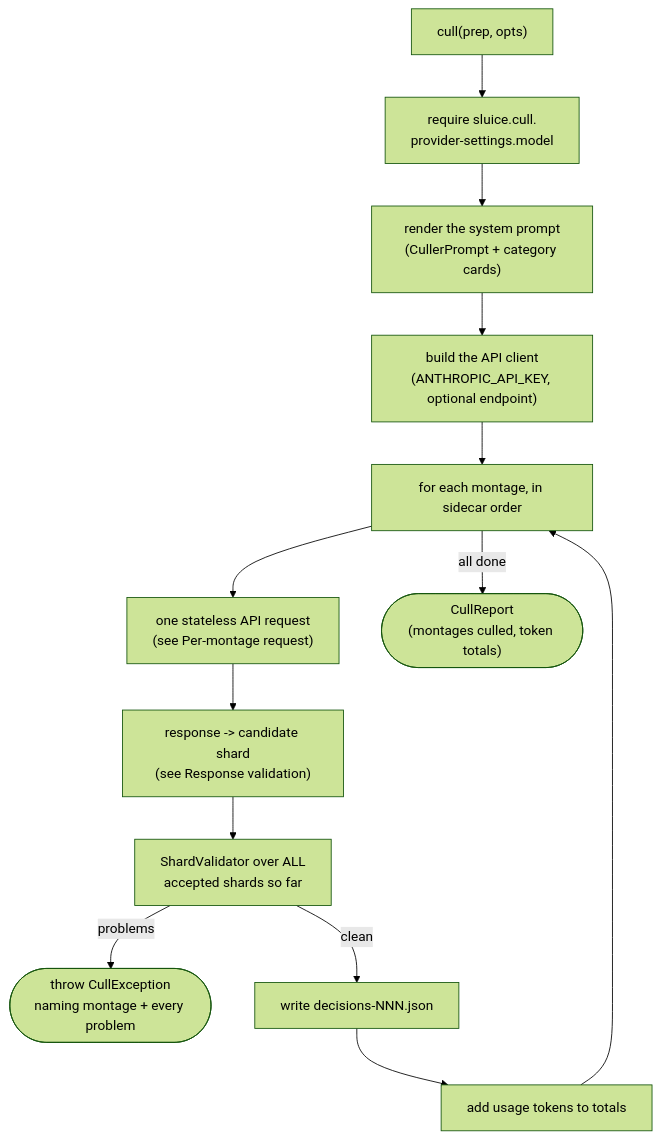
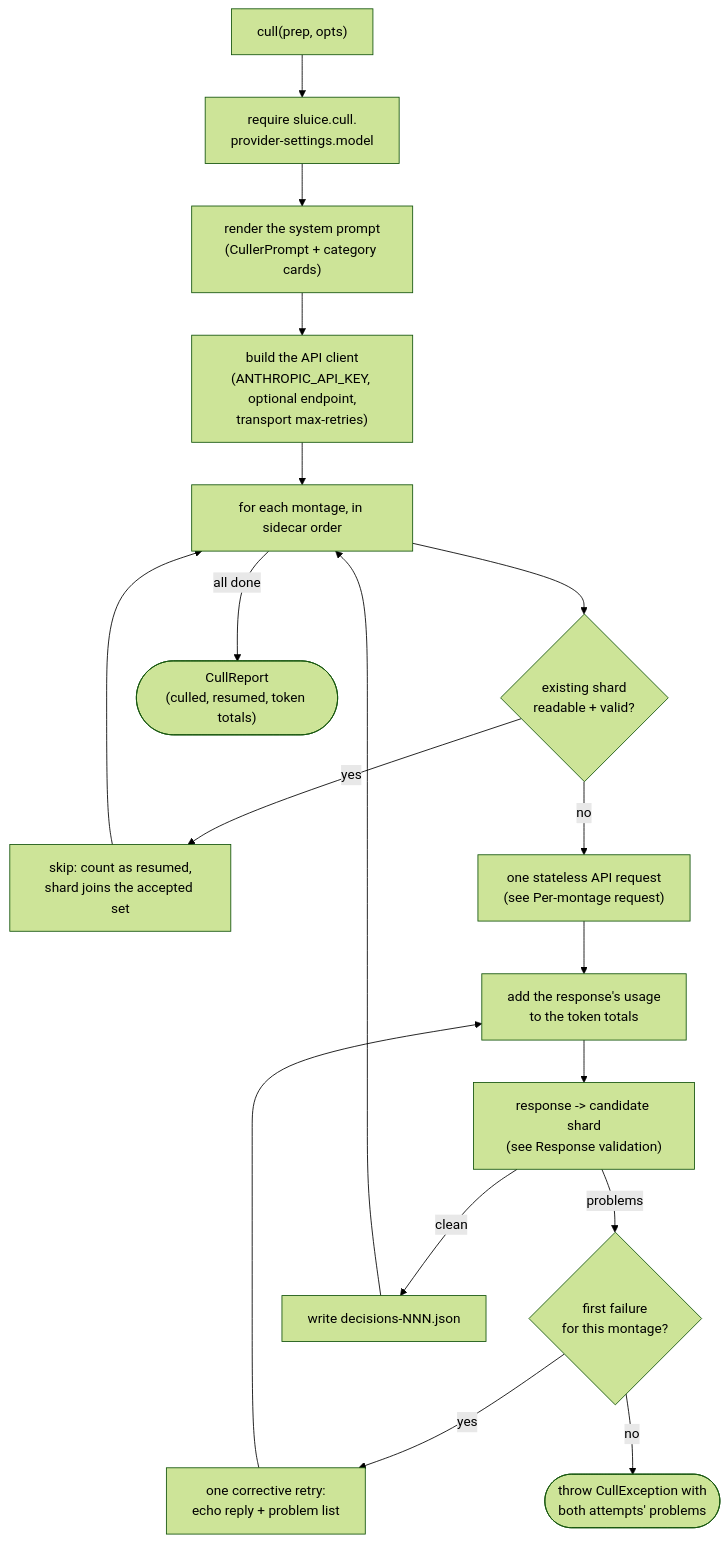
Before and after one commit to AdrianNachev91/sluice: the first of 3 diagrams in app/docs/design/adapter/vision/anthropic-culler.md, drawn with Mermaid (forest theme). The commit also changed other lines of this file and 10 other files, not shown here.

Commit message:
feat(java-port): Phase 10 - AnthropicCuller failure paths: content retry, resume, thinking + transport-retry knobs

````diff
--- a/app/docs/design/adapter/vision/anthropic-culler.md
+++ b/app/docs/design/adapter/vision/anthropic-culler.md
@@ -12,15 +13,20 @@
 ```mermaid
 flowchart TD
     A["cull(prep, opts)"] --> B["require sluice.cull.<br/>provider-settings.model"]
     B --> C["render the system prompt<br/>(CullerPrompt + category cards)"]
-    C --> D["build the API client<br/>(ANTHROPIC_API_KEY, optional endpoint)"]
+    C --> D["build the API client<br/>(ANTHROPIC_API_KEY, optional endpoint,<br/>transport max-retries)"]
     D --> E["for each montage, in sidecar order"]
-    E --> F["one stateless API request<br/>(see Per-montage request)"]
-    F --> G["response -> candidate shard<br/>(see Response validation)"]
-    G --> H["ShardValidator over ALL<br/>accepted shards so far"]
-    H -- problems --> X(["throw CullException<br/>naming montage + every problem"])
-    H -- clean --> I["write decisions-NNN.json"]
-    I --> J["add usage tokens to totals"]
-    J --> E
-    E -- all done --> K(["CullReport<br/>(montages culled, token totals)"])
+    E --> R{"existing shard<br/>readable + valid?"}
+    R -- yes --> S["skip: count as resumed,<br/>shard joins the accepted set"]
+    S --> E
+    R -- no --> F["one stateless API request<br/>(see Per-montage request)"]
+    F --> J["add the response's usage<br/>to the token totals"]
+    J --> G["response -> candidate shard<br/>(see Response validation)"]
+    G -- problems --> T{"first failure<br/>for this montage?"}
+    T -- yes --> U["one corrective retry:<br/>echo reply + problem list"]
+    U --> J
+    T -- no --> X(["throw CullException with<br/>both attempts' problems"])
+    G -- clean --> I["write decisions-NNN.json"]
+    I --> E
+    E -- all done --> K(["CullReport<br/>(culled, resumed, token totals)"])
 ```
````
